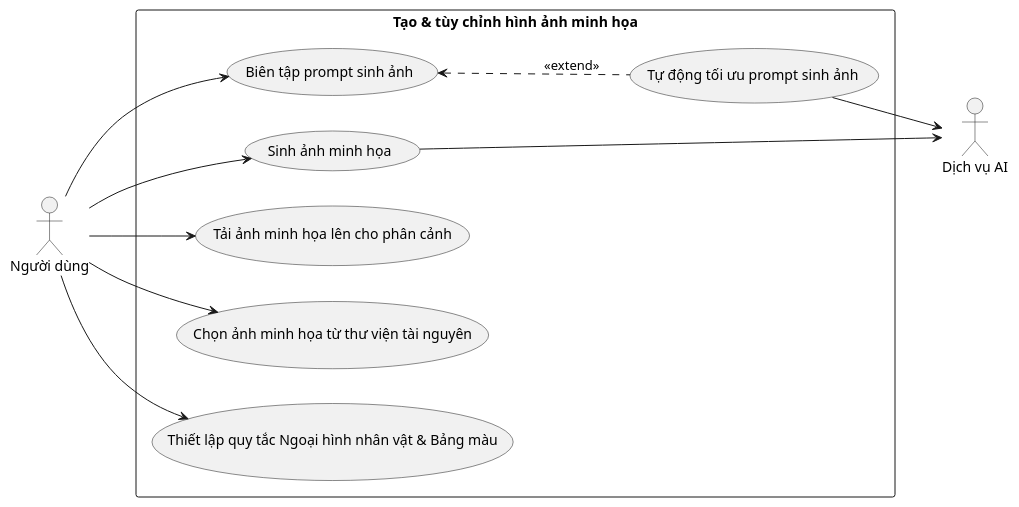
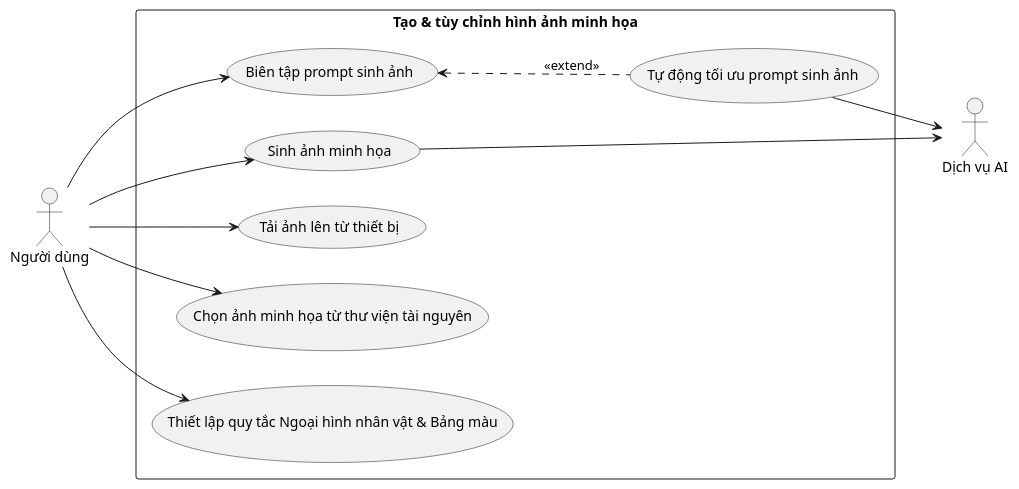
One commit to 202416852-anhpv/story2video-docs changed the diagram in docs/bieu-do-uc/bieu-do-uc-chi-tiet/make/tao-va-chinh-sua-phan-canh/tao-va-tuy-chinh-hinh-anh-minh-hoa.puml. Above: the diagram before and after it, drawn with PlantUML.

Commit message:
doi ten uc

```diff
--- a/docs/bieu-do-uc/bieu-do-uc-chi-tiet/make/tao-va-chinh-sua-phan-canh/tao-va-tuy-chinh-hinh-anh-minh-hoa.puml
+++ b/docs/bieu-do-uc/bieu-do-uc-chi-tiet/make/tao-va-chinh-sua-phan-canh/tao-va-tuy-chinh-hinh-anh-minh-hoa.puml
@@ -1,27 +1,27 @@
 @startuml tao-va-tuy-chinh-hinh-anh-minh-hoa
 left to right direction
 
 actor "Người dùng" as User
 actor "Dịch vụ AI" as AI_Service
 
 rectangle "Tạo & tùy chỉnh hình ảnh minh họa" {
     usecase "Biên tập prompt sinh ảnh" as UC_01
     usecase "Tự động tối ưu prompt sinh ảnh" as UC_02
     usecase "Sinh ảnh minh họa" as UC_03
-    usecase "Tải ảnh minh họa lên cho phân cảnh" as UC_04
+    usecase "Tải ảnh lên từ thiết bị" as UC_04
     usecase "Chọn ảnh minh họa từ thư viện tài nguyên" as UC_05
     usecase "Thiết lập quy tắc Ngoại hình nhân vật & Bảng màu" as UC_06
 }
 
 User --> UC_01
 User --> UC_03
 User --> UC_04
 User --> UC_05
 User --> UC_06
 
 UC_01 <.. UC_02 : <<extend>>
 
 UC_02 --> AI_Service
 UC_03 --> AI_Service
 
 @enduml
```
